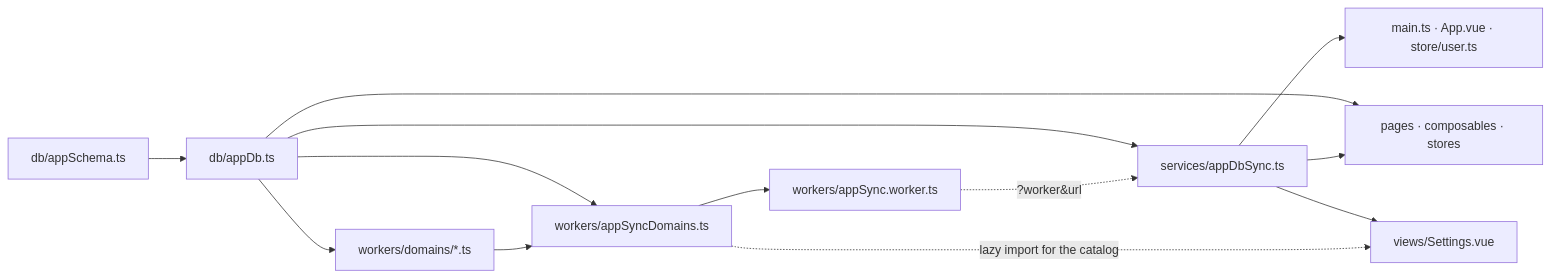
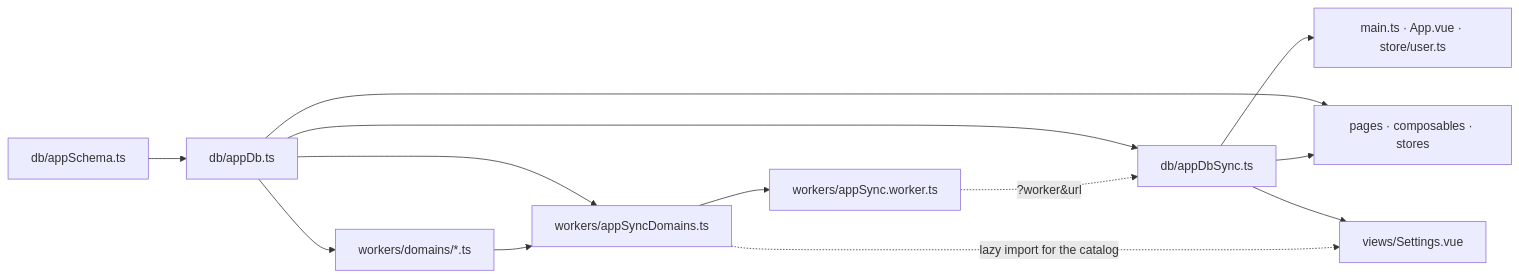
The diagram in docs/APP_DB_DEVELOPER_GUIDE.md (hotwax/accxui), drawn with Mermaid before and after one commit. The commit also changed other lines of this file and 6 other files, not shown here.

````diff
--- a/docs/APP_DB_DEVELOPER_GUIDE.md
+++ b/docs/APP_DB_DEVELOPER_GUIDE.md
@@ -1023,15 +1020,15 @@
 ```mermaid
 flowchart LR
     SCH["db/appSchema.ts"] --> DB["db/appDb.ts"]
     DB --> DOMS["workers/domains/*.ts"]
     DOMS --> LIST["workers/appSyncDomains.ts"]
     DB --> LIST
     LIST --> W["workers/appSync.worker.ts"]
-    W -. "?worker&url" .-> SVC["services/appDbSync.ts"]
+    W -. "?worker&url" .-> SVC["db/appDbSync.ts"]
     DB --> SVC
     SVC --> BOOT["main.ts · App.vue · store/user.ts"]
     SVC --> PAGES["pages · composables · stores"]
     DB --> PAGES
     LIST -. "lazy import for the catalog" .-> SET["views/Settings.vue"]
     SVC --> SET
 ```
````
